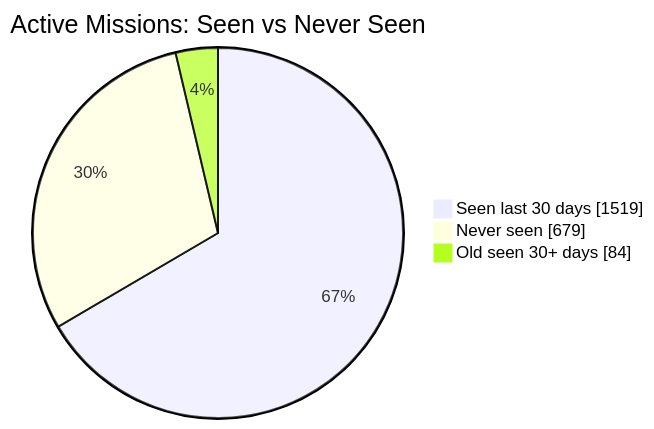
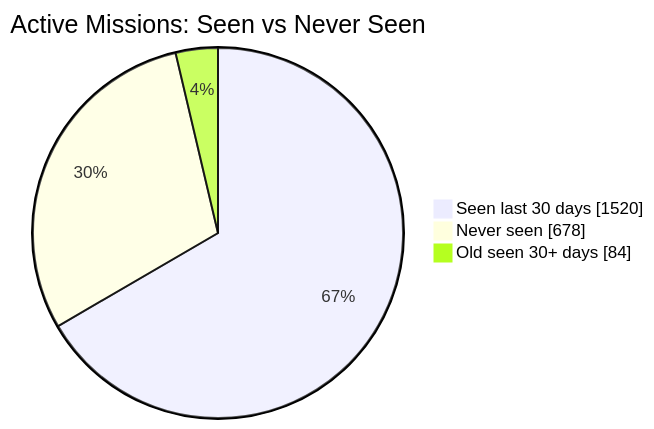
Before and after one commit to MeldkamerspelGameTeam/active-missions: the first of 2 diagrams in README.md, drawn with Mermaid. The commit also changed other lines of this file and 2 other files, not shown here.

````diff
--- a/README.md
+++ b/README.md
@@ -34,7 +34,7 @@
 ```mermaid
 pie showData
     title Active Missions: Seen vs Never Seen
-    "Seen last 30 days" : 1519
-    "Never seen" : 679
+    "Seen last 30 days" : 1520
+    "Never seen" : 678
     "Old seen 30+ days" : 84
 ```
````
